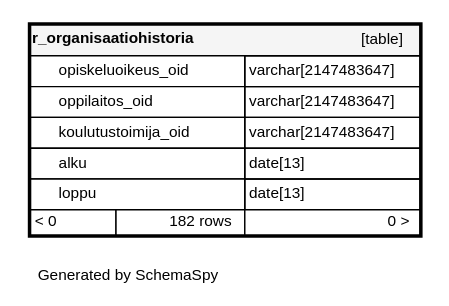
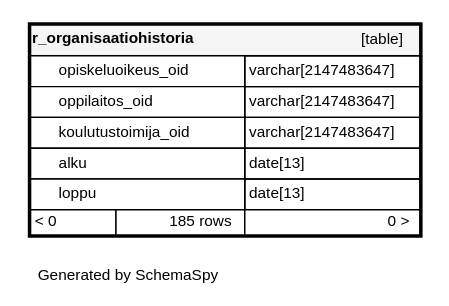
The diagram in documentation/tietokantaskeemat/koski-raportointikanta/diagrams/tables/r_organisaatiohistoria.1degree.dot (Opetushallitus/koski), drawn with Graphviz before and after one commit. The commit also changed 111 other files, not shown here.

```diff
--- a/documentation/tietokantaskeemat/koski-raportointikanta/diagrams/tables/r_organisaatiohistoria.1degree.dot
+++ b/documentation/tietokantaskeemat/koski-raportointikanta/diagrams/tables/r_organisaatiohistoria.1degree.dot
@@ -1,18 +1,18 @@
 digraph "oneDegreeRelationshipsDiagram" {
   graph [    rankdir="RL"    bgcolor="#ffffff"    label="\nGenerated by SchemaSpy"    labeljust="l"    nodesep="0.18"    ranksep="0.46"    fontname="Helvetica"    fontsize="11"    ration="compress"  ];  node [    fontname="Helvetica"    fontsize="11"    shape="plaintext"  ];  edge [    arrowsize="0.8"  ];
   "r_organisaatiohistoria" [
    label=<
     <TABLE BORDER="2" CELLBORDER="1" CELLSPACING="0" BGCOLOR="#ffffff">
       <TR><TD COLSPAN="4"  BGCOLOR="#f5f5f5"><TABLE BORDER="0" CELLSPACING="0"><TR><TD ALIGN="LEFT" FIXEDSIZE="TRUE" WIDTH="132" HEIGHT="16"><B>r_organisaatiohistoria</B></TD><TD ALIGN="RIGHT">[table]</TD></TR></TABLE></TD></TR>
       <TR><TD PORT="opiskeluoikeus_oid" COLSPAN="2" BGCOLOR="#ffffff" ALIGN="LEFT"><TABLE BORDER="0" CELLSPACING="0" ALIGN="LEFT"><TR ALIGN="LEFT"><TD ALIGN="LEFT" FIXEDSIZE="TRUE" WIDTH="15" HEIGHT="16"></TD><TD ALIGN="LEFT" FIXEDSIZE="TRUE" WIDTH="132" HEIGHT="16">opiskeluoikeus_oid</TD></TR></TABLE></TD><TD PORT="opiskeluoikeus_oid.type" ALIGN="LEFT">varchar[2147483647]</TD></TR>
       <TR><TD PORT="oppilaitos_oid" COLSPAN="2" BGCOLOR="#ffffff" ALIGN="LEFT"><TABLE BORDER="0" CELLSPACING="0" ALIGN="LEFT"><TR ALIGN="LEFT"><TD ALIGN="LEFT" FIXEDSIZE="TRUE" WIDTH="15" HEIGHT="16"></TD><TD ALIGN="LEFT" FIXEDSIZE="TRUE" WIDTH="132" HEIGHT="16">oppilaitos_oid</TD></TR></TABLE></TD><TD PORT="oppilaitos_oid.type" ALIGN="LEFT">varchar[2147483647]</TD></TR>
       <TR><TD PORT="koulutustoimija_oid" COLSPAN="2" BGCOLOR="#ffffff" ALIGN="LEFT"><TABLE BORDER="0" CELLSPACING="0" ALIGN="LEFT"><TR ALIGN="LEFT"><TD ALIGN="LEFT" FIXEDSIZE="TRUE" WIDTH="15" HEIGHT="16"></TD><TD ALIGN="LEFT" FIXEDSIZE="TRUE" WIDTH="132" HEIGHT="16">koulutustoimija_oid</TD></TR></TABLE></TD><TD PORT="koulutustoimija_oid.type" ALIGN="LEFT">varchar[2147483647]</TD></TR>
       <TR><TD PORT="alku" COLSPAN="2" BGCOLOR="#ffffff" ALIGN="LEFT"><TABLE BORDER="0" CELLSPACING="0" ALIGN="LEFT"><TR ALIGN="LEFT"><TD ALIGN="LEFT" FIXEDSIZE="TRUE" WIDTH="15" HEIGHT="16"></TD><TD ALIGN="LEFT" FIXEDSIZE="TRUE" WIDTH="132" HEIGHT="16">alku</TD></TR></TABLE></TD><TD PORT="alku.type" ALIGN="LEFT">date[13]</TD></TR>
       <TR><TD PORT="loppu" COLSPAN="2" BGCOLOR="#ffffff" ALIGN="LEFT"><TABLE BORDER="0" CELLSPACING="0" ALIGN="LEFT"><TR ALIGN="LEFT"><TD ALIGN="LEFT" FIXEDSIZE="TRUE" WIDTH="15" HEIGHT="16"></TD><TD ALIGN="LEFT" FIXEDSIZE="TRUE" WIDTH="132" HEIGHT="16">loppu</TD></TR></TABLE></TD><TD PORT="loppu.type" ALIGN="LEFT">date[13]</TD></TR>
-      <TR><TD ALIGN="LEFT" BGCOLOR="#ffffff">&lt; 0</TD><TD ALIGN="RIGHT" BGCOLOR="#ffffff">182 rows</TD><TD ALIGN="RIGHT" BGCOLOR="#ffffff">0 &gt;</TD></TR>
+      <TR><TD ALIGN="LEFT" BGCOLOR="#ffffff">&lt; 0</TD><TD ALIGN="RIGHT" BGCOLOR="#ffffff">185 rows</TD><TD ALIGN="RIGHT" BGCOLOR="#ffffff">0 &gt;</TD></TR>
     </TABLE>>
     URL="../../tables/r_organisaatiohistoria.html"
     target="_top"
     tooltip="r_organisaatiohistoria"
   ];
 }
```
